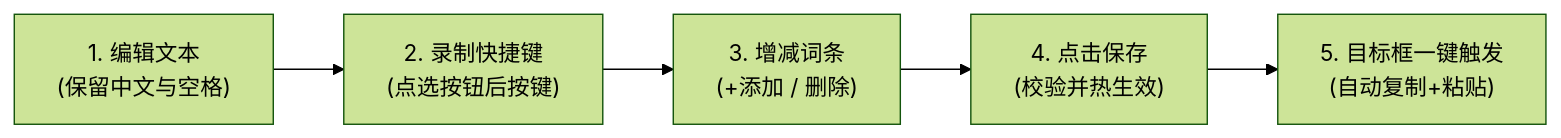
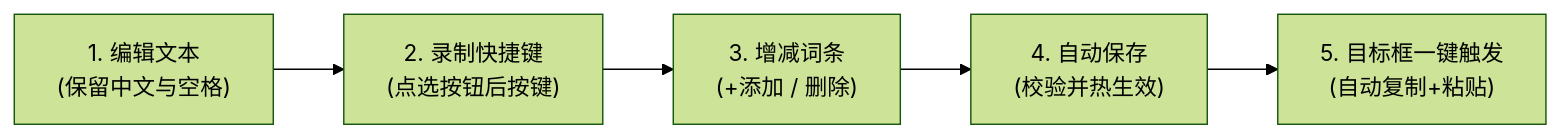
Before and after one commit to yudalang3/CopyWords: the diagram in README.md, drawn with Mermaid (forest theme). The commit also changed other lines of this file and 6 other files, not shown here.

````diff
--- a/README.md
+++ b/README.md
@@ -119,7 +119,7 @@
 ```mermaid
 flowchart LR
     A["1. 编辑文本\n(保留中文与空格)"] --> B["2. 录制快捷键\n(点选按钮后按键)"]
     B --> C["3. 增减词条\n(+添加 / 删除)"]
-    C --> D["4. 点击保存\n(校验并热生效)"]
+    C --> D["4. 自动保存\n(校验并热生效)"]
     D --> E["5. 目标框一键触发\n(自动复制+粘贴)"]
 ```
````
